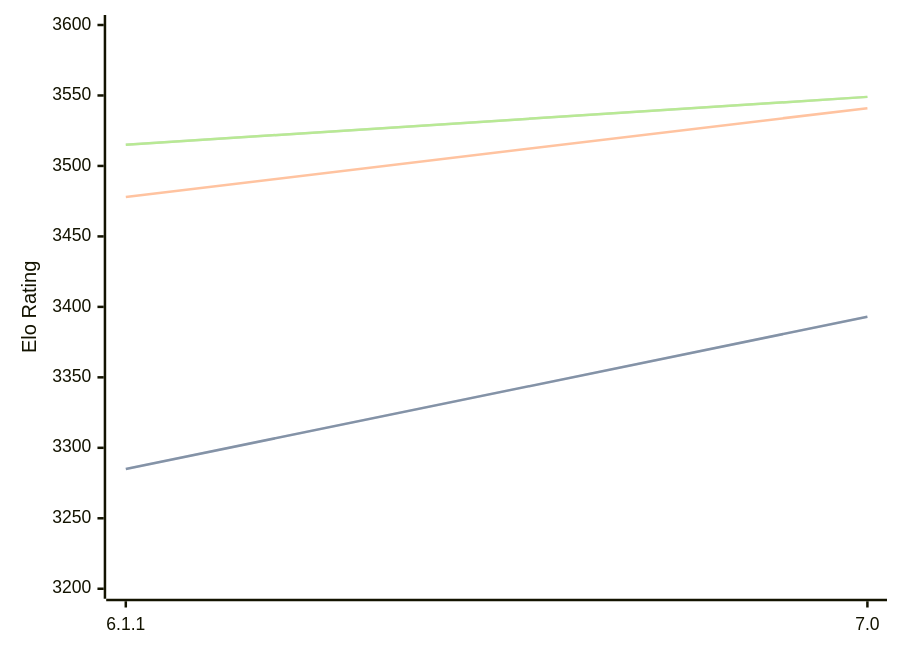
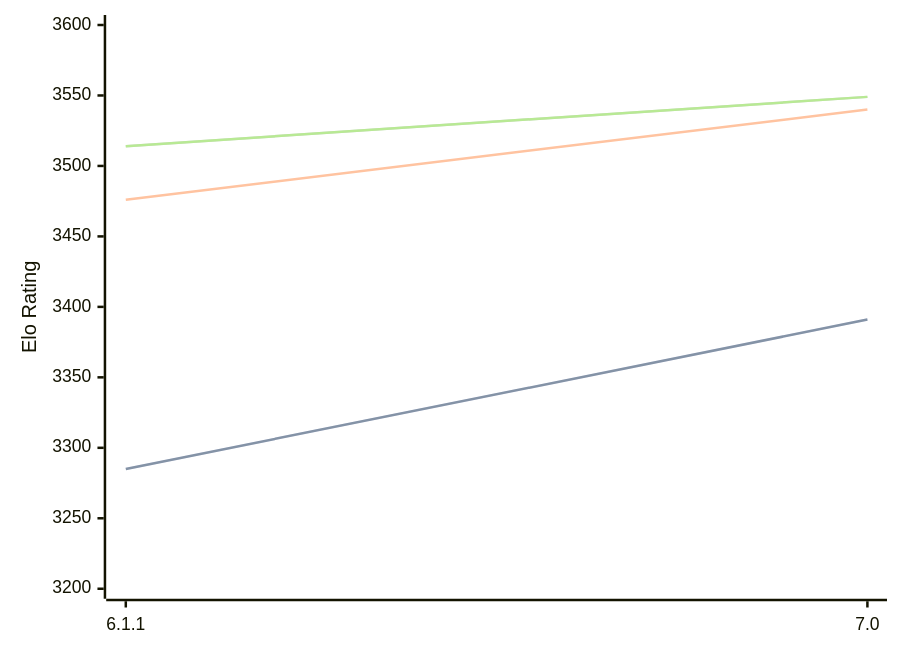
One commit to computer-chess-index/cci changed the diagram in engines/Astra.md. Above: the diagram before and after it, drawn with Mermaid. The commit also changed other lines of this file, not shown here.

Commit message:
Update CCI Ratings (ELO VLTC) - 2026-09-01

````diff
--- a/engines/Astra.md
+++ b/engines/Astra.md
@@ -32,11 +32,11 @@
 ```mermaid
 %%{init: {"theme":"base","themeVariables":{"seriesColors:['#a3a3a3','#222221','#faa371']}}}%%
 xychart-beta
   x-axis ["6.1.1", "7.0"]
   y-axis "Elo Rating" 3200 --> 3600
-  line "" [3285, 3393]
-  line "STC (8.0+0.08s)" [3285, 3393]
-  line "LTC (60.0+0.60s)" [3478, 3541]
-  line "" [3515, 3549]
-  line "VLTC (2m24s+1.12s)" [3515, 3549]
+  line "" [3285, 3391]
+  line "STC (8.0+0.08s)" [3285, 3391]
+  line "LTC (60.0+0.60s)" [3476, 3540]
+  line "" [3514, 3549]
+  line "VLTC (2m24s+1.12s)" [3514, 3549]
 ```
````
